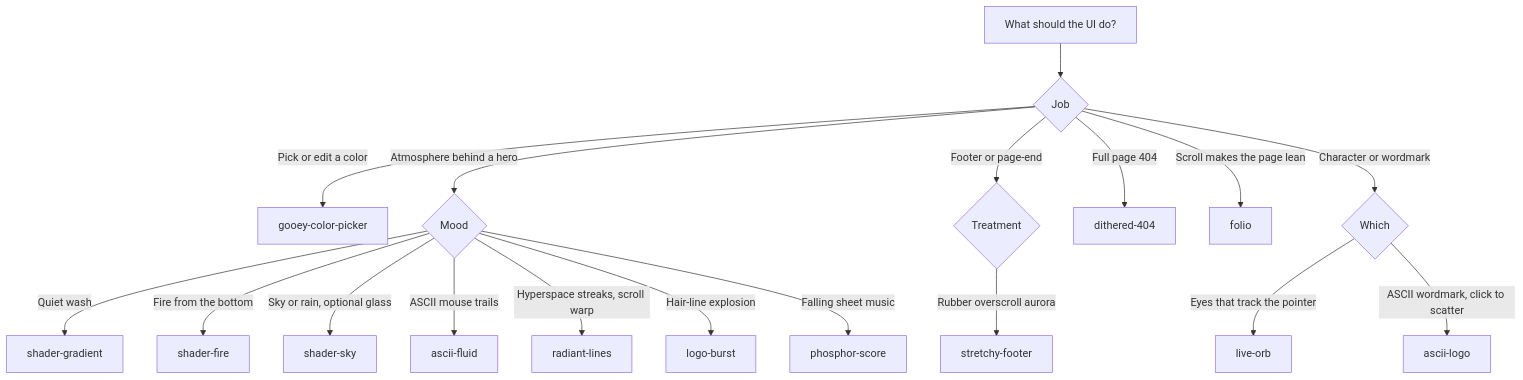
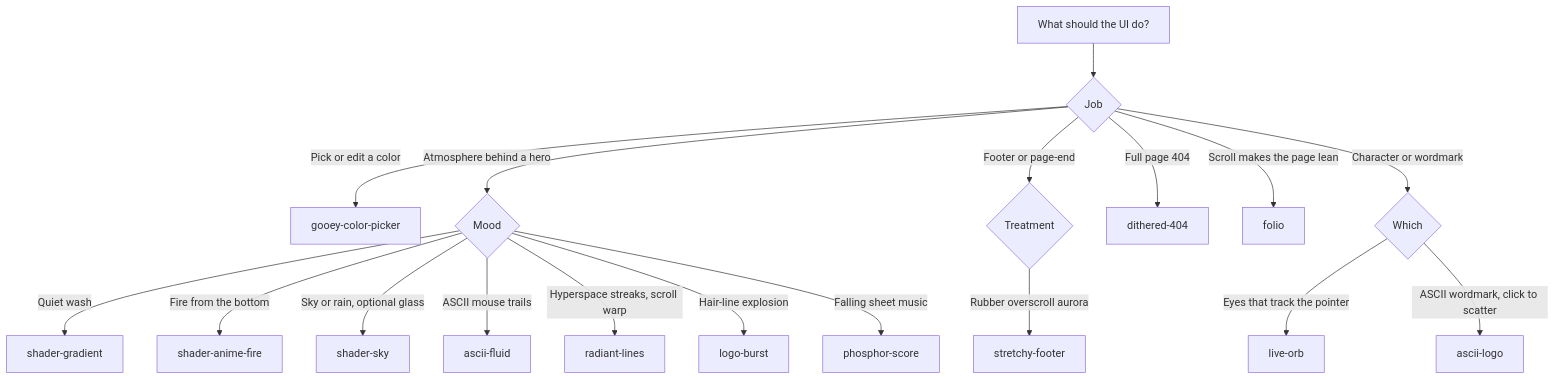
Before and after one commit to radiumcoders/23rd.dev: the diagram in skills/23rd/SKILL.md, drawn with Mermaid. The commit also changed other lines of this file and 11 other files, not shown here.

Commit message:
Slow Shader Anime Fire's default speed to 0.6.

````diff
--- a/skills/23rd/SKILL.md
+++ b/skills/23rd/SKILL.md
@@ -84,21 +84,21 @@
 ```mermaid
 flowchart TD
   start[What should the UI do?]
   start --> pick{Job}
   pick -->|Pick or edit a color| gooey[gooey-color-picker]
   pick -->|Atmosphere behind a hero| atmo{Mood}
   pick -->|Footer or page-end| foot{Treatment}
   pick -->|Full page 404| d404[dithered-404]
   pick -->|Scroll makes the page lean| folio[folio]
   pick -->|Character or wordmark| mark{Which}
   atmo -->|Quiet wash| sg[shader-gradient]
-  atmo -->|Fire from the bottom| sf[shader-fire]
+  atmo -->|Fire from the bottom| sf[shader-anime-fire]
   atmo -->|Sky or rain, optional glass| ss[shader-sky]
   atmo -->|ASCII mouse trails| af[ascii-fluid]
   atmo -->|Hyperspace streaks, scroll warp| rl[radiant-lines]
   atmo -->|Hair-line explosion| lb[logo-burst]
   atmo -->|Falling sheet music| ps[phosphor-score]
   foot -->|Rubber overscroll aurora| st[stretchy-footer]
   mark -->|Eyes that track the pointer| orb[live-orb]
   mark -->|ASCII wordmark, click to scatter| al[ascii-logo]
 ```
````
